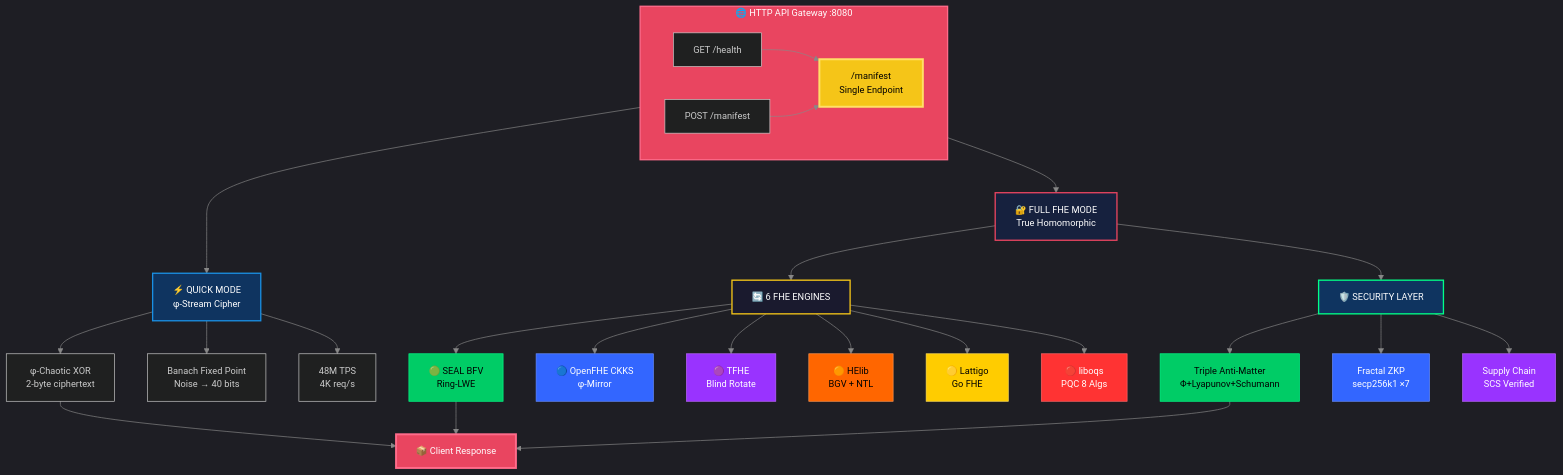
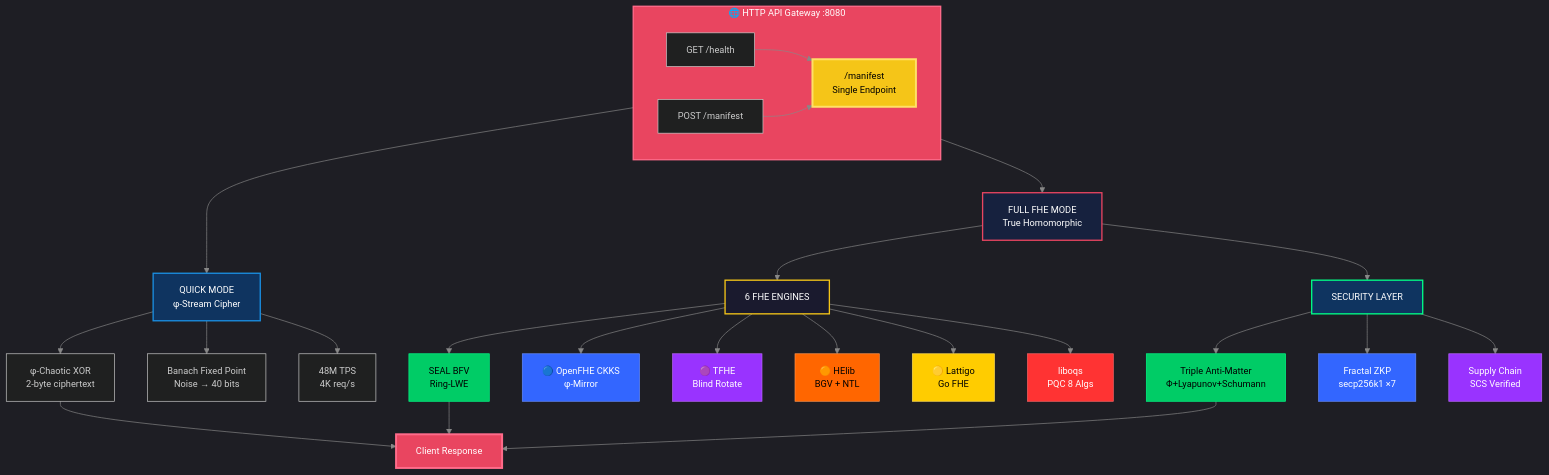
Before and after one commit to primordialomegazero/BeyondYourComprehensionFHE: the first of 2 diagrams in README.md, drawn with Mermaid. The commit also changed other lines of this file, not shown here.

````diff
--- a/README.md
+++ b/README.md
@@ -84,50 +84,50 @@
 ```mermaid
 %%{init: {"theme": "dark", "themeVariables": {"primaryColor":"#e94560","primaryTextColor":"#fff","primaryBorderColor":"#ff6b8a","lineColor":"#888","secondaryColor":"#1a1a2e","tertiaryColor":"#0f3460","fontFamily":"monospace","fontSize":"14px"}}}%%
 graph TB
     subgraph API["🌐 HTTP API Gateway :8080"]
         direction LR
         A1["GET /health"] --> M["/manifest<br/>Single Endpoint"]
         A2["POST /manifest"] --> M
     end
 
-    M --> QM["⚡ QUICK MODE<br/>φ-Stream Cipher"]
-    M --> FM["🔐 FULL FHE MODE<br/>True Homomorphic"]
+    M --> QM[" QUICK MODE<br/>φ-Stream Cipher"]
+    M --> FM[" FULL FHE MODE<br/>True Homomorphic"]
 
     QM --> QM1["φ-Chaotic XOR<br/>2-byte ciphertext"]
     QM --> QM2["Banach Fixed Point<br/>Noise → 40 bits"]
     QM --> QM3["48M TPS<br/>4K req/s"]
 
-    FM --> ENG["🔄 6 FHE ENGINES"]
-    ENG --> E1["🟢 SEAL BFV<br/>Ring-LWE"]
+    FM --> ENG[" 6 FHE ENGINES"]
+    ENG --> E1[" SEAL BFV<br/>Ring-LWE"]
     ENG --> E2["🔵 OpenFHE CKKS<br/>φ-Mirror"]
     ENG --> E3["🟣 TFHE<br/>Blind Rotate"]
     ENG --> E4["🟠 HElib<br/>BGV + NTL"]
     ENG --> E5["🟡 Lattigo<br/>Go FHE"]
-    ENG --> E6["🔴 liboqs<br/>PQC 8 Algs"]
+    ENG --> E6[" liboqs<br/>PQC 8 Algs"]
 
-    FM --> SEC["🛡️ SECURITY LAYER"]
+    FM --> SEC[" SECURITY LAYER"]
     SEC --> S1["Triple Anti-Matter<br/>Φ+Lyapunov+Schumann"]
     SEC --> S2["Fractal ZKP<br/>secp256k1 ×7"]
     SEC --> S3["Supply Chain<br/>SCS Verified"]
 
-    QM1 --> OUT["📦 Client Response"]
+    QM1 --> OUT[" Client Response"]
     E1 --> OUT
     S1 --> OUT
 
     style API fill:#e94560,stroke:#ff6b8a,stroke-width:2px,color:#fff
     style QM fill:#0f3460,stroke:#1a8fe3,stroke-width:2px,color:#fff
     style FM fill:#16213e,stroke:#e94560,stroke-width:2px,color:#fff
     style ENG fill:#1a1a2e,stroke:#f5c518,stroke-width:2px,color:#fff
     style SEC fill:#0f3460,stroke:#00ff88,stroke-width:2px,color:#fff
     style E1 fill:#00cc66,stroke:#00ff88,color:#000
     style E2 fill:#3366ff,stroke:#668cff,color:#fff
     style E3 fill:#9933ff,stroke:#bb66ff,color:#fff
     style E4 fill:#ff6600,stroke:#ff944d,color:#000
     style E5 fill:#ffcc00,stroke:#ffdd55,color:#000
     style E6 fill:#ff3333,stroke:#ff6666,color:#fff
     style S1 fill:#00cc66,stroke:#00ff88,color:#000
     style S2 fill:#3366ff,stroke:#668cff,color:#fff
     style S3 fill:#9933ff,stroke:#bb66ff,color:#fff
     style OUT fill:#e94560,stroke:#ff6b8a,stroke-width:3px,color:#fff
     style M fill:#f5c518,stroke:#ffe066,stroke-width:3px,color:#000
 ```
````
